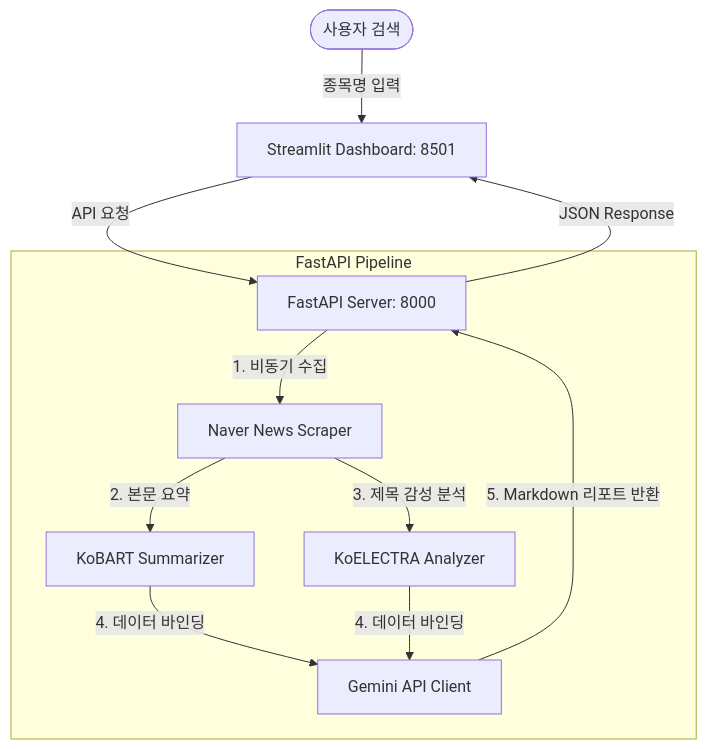
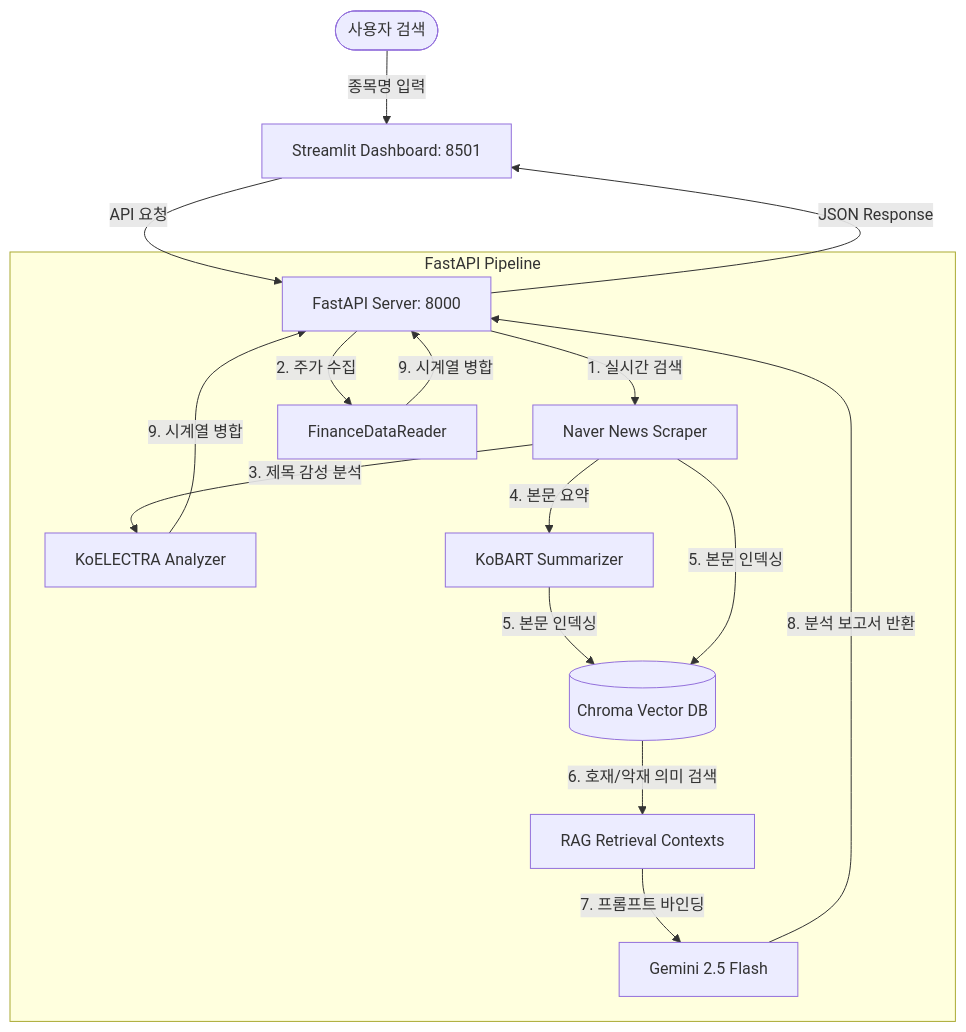
The diagram in README.md (HunGyung/stock_sentiment_project), drawn with Mermaid before and after one commit. The commit also changed other lines of this file, not shown here.

Commit message:
docs: restructure README.md to reflect RAG architecture and FDR integration

````diff
--- a/README.md
+++ b/README.md
@@ -22,15 +24,21 @@
 ```mermaid
 graph TD
     User([사용자 검색]) -->|종목명 입력| Streamlit[Streamlit Dashboard: 8501]
     Streamlit -->|API 요청| FastAPI[FastAPI Server: 8000]
     
     subgraph FastAPI Pipeline
-        FastAPI -->|1. 비동기 수집| Scraper[Naver News Scraper]
-        Scraper -->|2. 본문 요약| KoBART[KoBART Summarizer]
+        FastAPI -->|1. 실시간 검색| Scraper[Naver News Scraper]
+        FastAPI -->|2. 주가 수집| FDR[FinanceDataReader]
         Scraper -->|3. 제목 감성 분석| KoELECTRA[KoELECTRA Analyzer]
-        KoBART & KoELECTRA -->|4. 데이터 바인딩| ReportGen[Gemini API Client]
+        Scraper -->|4. 본문 요약| KoBART[KoBART Summarizer]
+        
+        KoBART & Scraper -->|5. 본문 인덱싱| ChromaDB[(Chroma Vector DB)]
+        
+        ChromaDB -->|6. 호재/악재 의미 검색| RAG[RAG Retrieval Contexts]
+        RAG -->|7. 프롬프트 바인딩| Gemini[Gemini 2.5 Flash]
     end
     
-    ReportGen -->|5. Markdown 리포트 반환| FastAPI
+    Gemini -->|8. 분석 보고서 반환| FastAPI
+    FDR & KoELECTRA -->|9. 시계열 병합| FastAPI
     FastAPI -->|JSON Response| Streamlit
 ```
````
